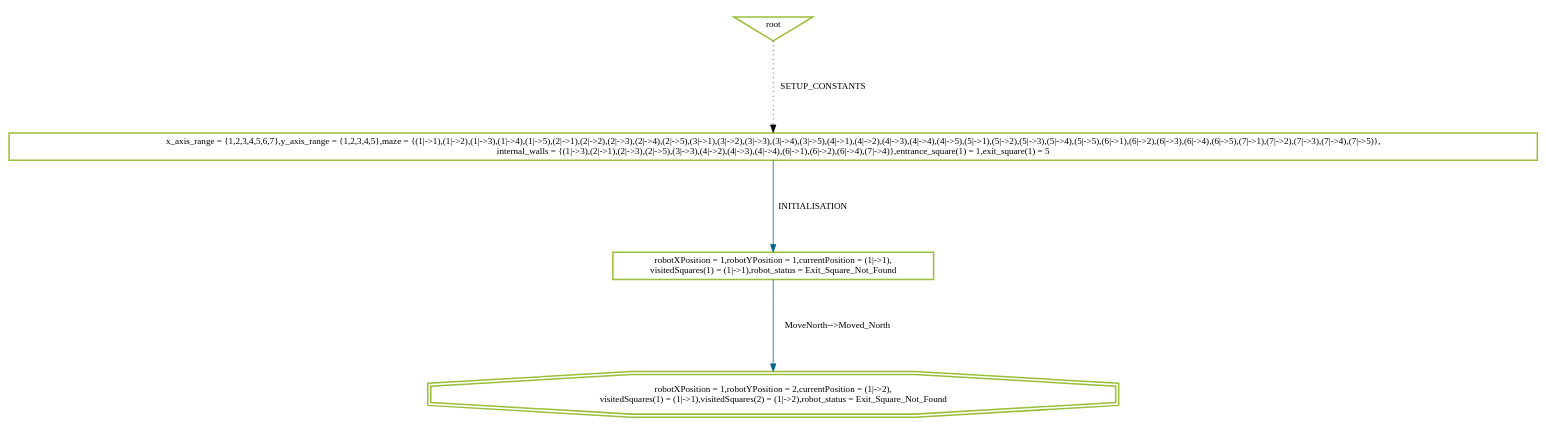
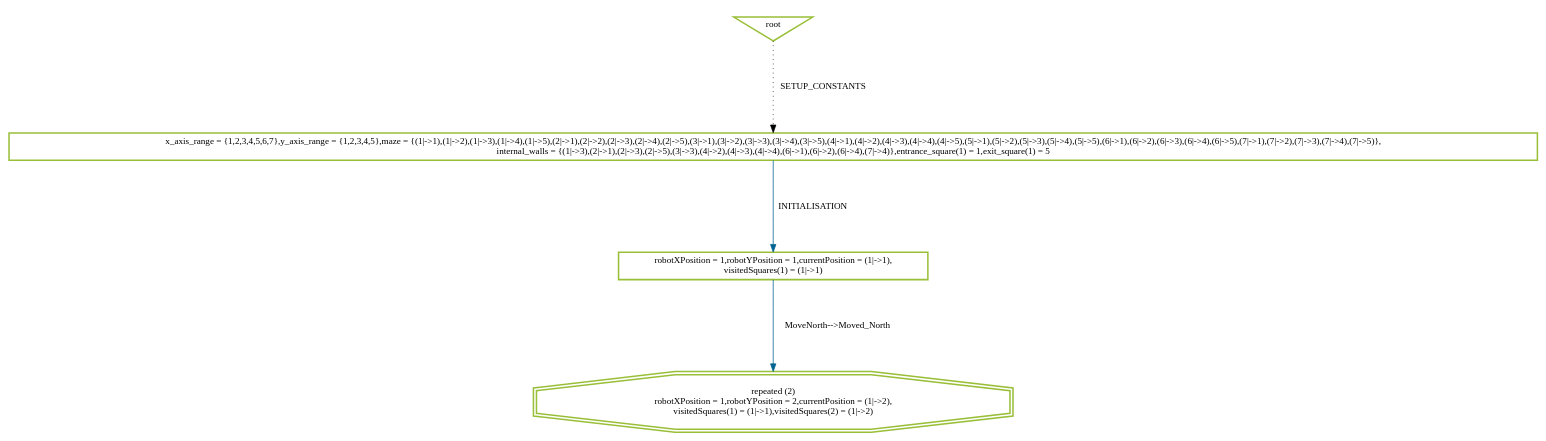
The diagram in Robot.dot (Suwadith/Robot-Maze-B-Machine), drawn with Graphviz before and after one commit. The commit also changed 3 other files, not shown here.

```diff
--- a/Robot.dot
+++ b/Robot.dot
@@ -1,17 +1,18 @@
 digraph history {
 graph [nodesep=1.5, ranksep=1.5];
 0 [shape=box, color="#99BF38", fontsize=12, penwidth=2, label="x_axis_range = \{1,2,3,4,5,6,7\},y_axis_range = \{1,2,3,4,5\},maze = \{(1\|-\>1),(1\|-\>2),(1\|-\>3),(1\|-\>4),(1\|-\>5),(2\|-\>1),(2\|-\>2),(2\|-\>3),(2\|-\>4),(2\|-\>5),(3\|-\>1),(3\|-\>2),(3\|-\>3),(3\|-\>4),(3\|-\>5),(4\|-\>1),(4\|-\>2),(4\|-\>3),(4\|-\>4),(4\|-\>5),(5\|-\>1),(5\|-\>2),(5\|-\>3),(5\|-\>4),(5\|-\>5),(6\|-\>1),(6\|-\>2),(6\|-\>3),(6\|-\>4),(6\|-\>5),(7\|-\>1),(7\|-\>2),(7\|-\>3),(7\|-\>4),(7\|-\>5)\},\ninternal_walls = \{(1\|-\>3),(2\|-\>1),(2\|-\>3),(2\|-\>5),(3\|-\>3),(4\|-\>2),(4\|-\>3),(4\|-\>4),(6\|-\>1),(6\|-\>2),(6\|-\>4),(7\|-\>4)\},entrance_square(1) = 1,exit_square(1) = 5"];
 
-1 [shape=box, color="#99BF38", fontsize=12, penwidth=2, label="robotXPosition = 1,robotYPosition = 1,currentPosition = (1\|-\>1),\nvisitedSquares(1) = (1\|-\>1),robot_status = Exit_Square_Not_Found"];
+1 [shape=box, color="#99BF38", fontsize=12, penwidth=2, label="robotXPosition = 1,robotYPosition = 1,currentPosition = (1\|-\>1),\nvisitedSquares(1) = (1\|-\>1)"];
 
-2 [shape=doubleoctagon, color="#99BF38", fontsize=12, penwidth=2, label="robotXPosition = 1,robotYPosition = 2,currentPosition = (1\|-\>2),\nvisitedSquares(1) = (1\|-\>1),visitedSquares(2) = (1\|-\>2),robot_status = Exit_Square_Not_Found"];
+2 [shape=doubleoctagon, color="#99BF38", fontsize=12, penwidth=2, label="repeated (2)\nrobotXPosition = 1,robotYPosition = 2,currentPosition = (1\|-\>2),\nvisitedSquares(1) = (1\|-\>1),visitedSquares(2) = (1\|-\>2)"];
 
 root [shape=invtriangle, color="#99BF38", fontsize=12, penwidth=2, label="root"];
 
 root -> 0 [style = dotted, color = black, label="SETUP_CONSTANTS", fontsize=12];
 
 0 -> 1 [color = "#006391", label="INITIALISATION", fontsize=12];
 
 1 -> 2 [color = "#006391", label="MoveNorth--\>Moved_North", fontsize=12];
 
+
 }
```
